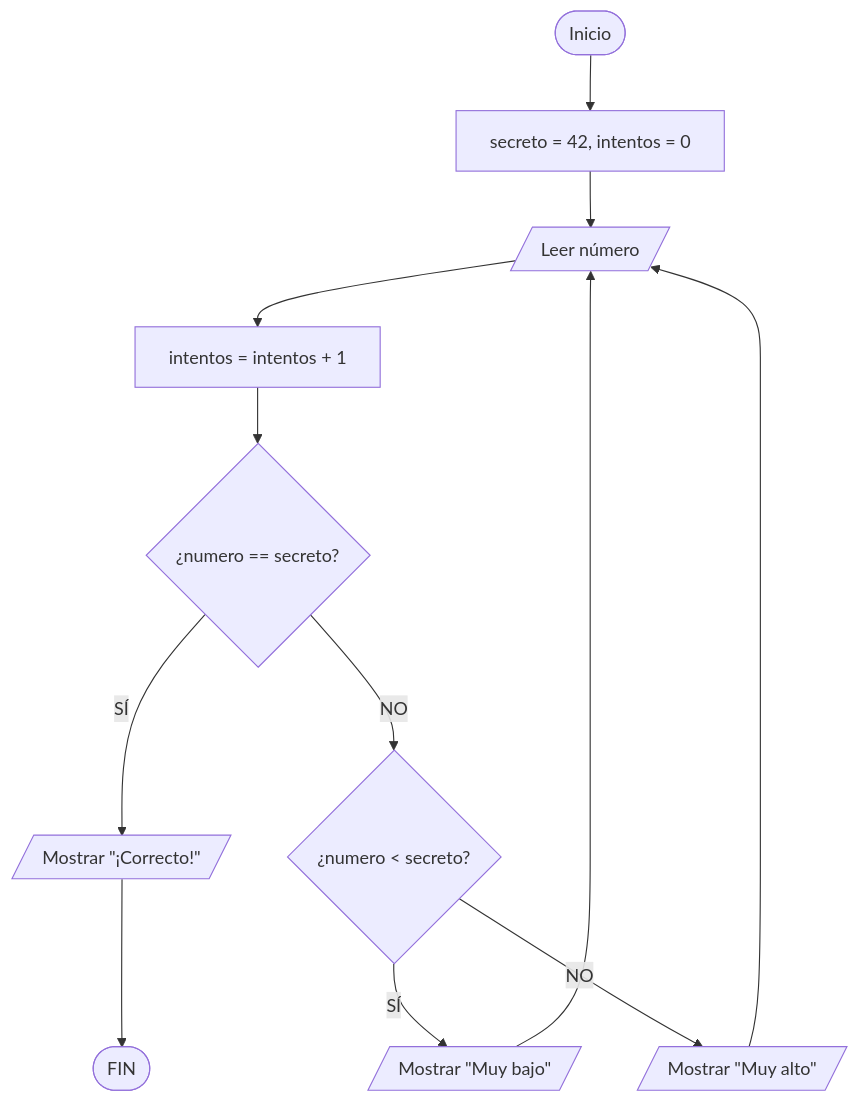
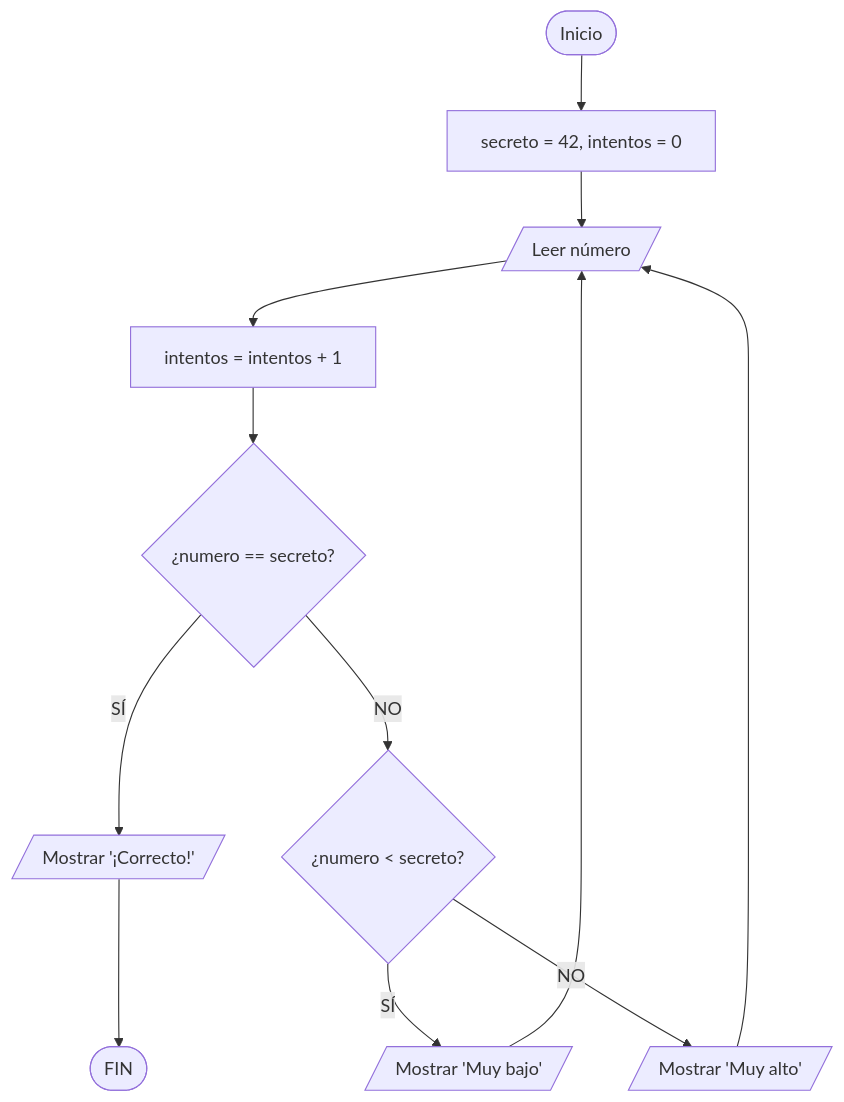
One commit to jovanyvelez/decimo changed diagram 14 of 22 in herramientas_algoritmicas.md. Above: the diagram before and after it, drawn with Mermaid. The commit also changed other lines of this file, not shown here.

````diff
--- a/herramientas_algoritmicas.md
+++ b/herramientas_algoritmicas.md
@@ -1138,14 +1138,14 @@
 ```mermaid
 graph TD
-    A([Inicio]) --> B[secreto = 42, intentos = 0]
-    B --> C[/Leer número/]
-    C --> D[intentos = intentos + 1]
-    D --> E{¿numero == secreto?}
-    E -- SÍ --> F[/Mostrar "¡Correcto!"/]
+    A([Inicio]) --> B["secreto = 42, intentos = 0"]
+    B --> C[/"Leer número"/]
+    C --> D["intentos = intentos + 1"]
+    D --> E{"¿numero == secreto?"}
+    E -- SÍ --> F[/"Mostrar '¡Correcto!'"/]
     F --> G([FIN])
-    E -- NO --> H{¿numero < secreto?}
-    H -- SÍ --> I[/Mostrar "Muy bajo"/]
-    H -- NO --> J[/Mostrar "Muy alto"/]
+    E -- NO --> H{"¿numero < secreto?"}
+    H -- SÍ --> I[/"Mostrar 'Muy bajo'"/]
+    H -- NO --> J[/"Mostrar 'Muy alto'"/]
     I --> C
     J --> C
 ```
````
